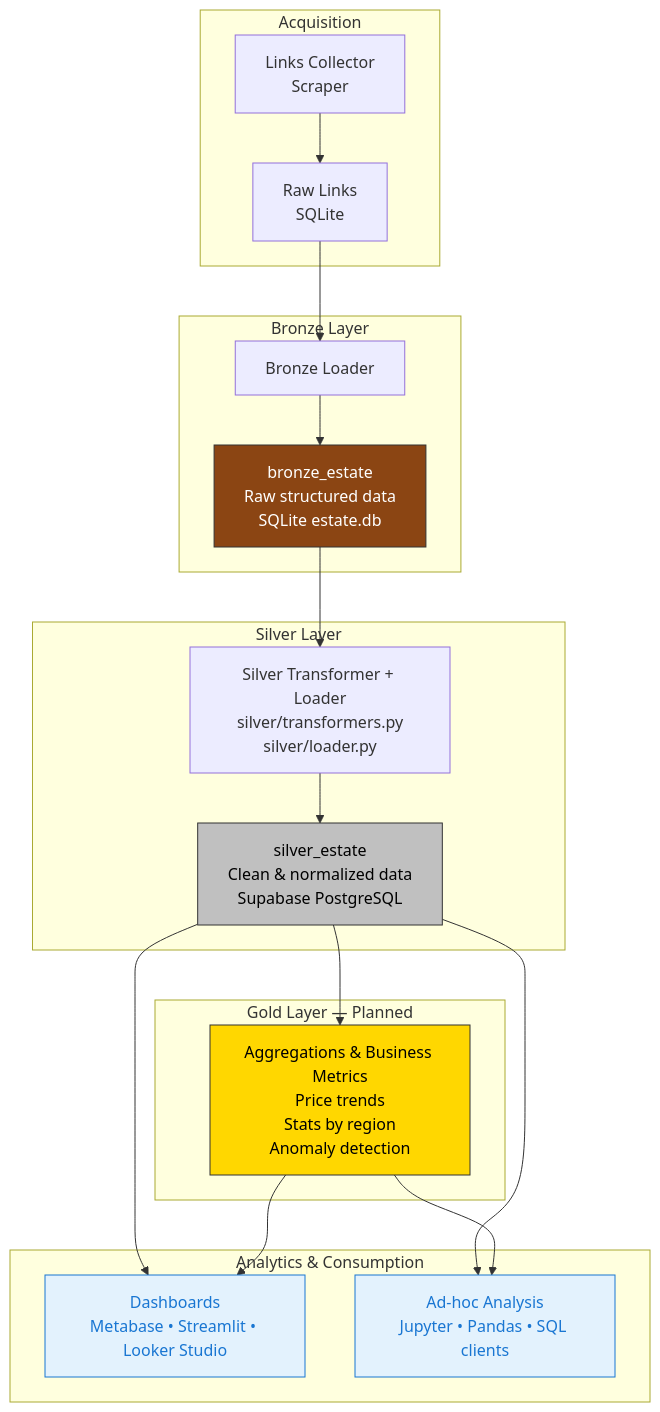
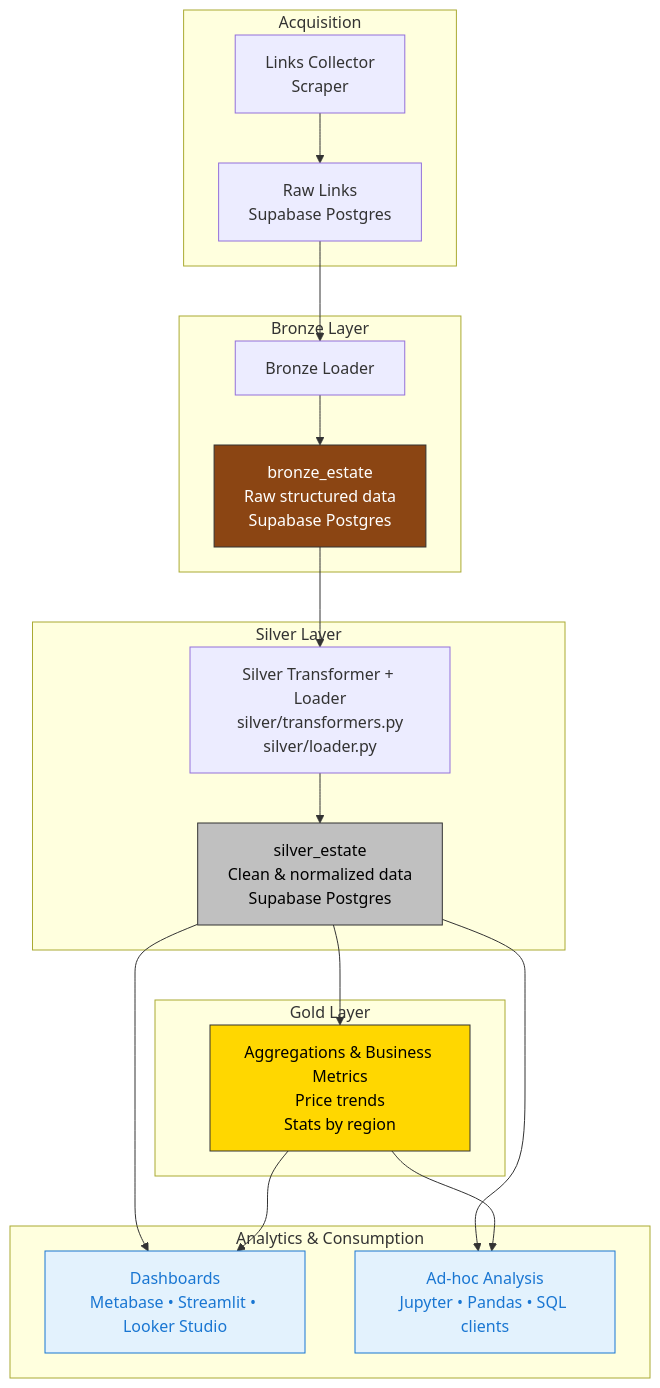
Before and after one commit to Revo69/real-estate-analytics-md: the diagram in docs/README.md, drawn with Mermaid. The commit also changed other lines of this file, not shown here.

Commit message:
Update README for storage changes to Supabase/Postgres

````diff
--- a/docs/README.md
+++ b/docs/README.md
@@ -9,39 +9,39 @@
 ```mermaid
 %% Real Estate Analytics — Architecture Overview
 graph TD
     subgraph "Acquisition"
-        A[Links Collector<br/>Scraper] --> B[Raw Links <br/>SQLite]
+        A[Links Collector<br/>Scraper] --> B[Raw Links <br/>Supabase Postgres]
     end
 
     subgraph "Bronze Layer"
         B --> C[Bronze Loader]
-        C --> D[bronze_estate<br/>Raw structured data<br/>SQLite estate.db]
+        C --> D[bronze_estate<br/>Raw structured data<br/>Supabase Postgres]
     end
 
     subgraph "Silver Layer"
         D --> E[Silver Transformer + Loader<br/>silver/transformers.py<br/>silver/loader.py]
-        E --> F[silver_estate<br/>Clean & normalized data<br/>Supabase PostgreSQL]
+        E --> F[silver_estate<br/>Clean & normalized data<br/>Supabase Postgres]
     end
 
-    subgraph "Gold Layer — Planned"
-        F --> G[Aggregations & Business Metrics<br/>Price trends<br/>Stats by region<br/>Anomaly detection]
+    subgraph "Gold Layer"
+        F --> G[Aggregations & Business Metrics<br/>Price trends<br/>Stats by region]
     end
 
     subgraph "Analytics & Consumption"
         F --> H[Dashboards<br/>Metabase • Streamlit • Looker Studio]
         G --> H
         F --> I[Ad-hoc Analysis<br/>Jupyter • Pandas • SQL clients]
         G --> I
     end
 
     %% Styles
     classDef bronze    fill:#8B4513, color:#fff, stroke:#333
     classDef silver    fill:#C0C0C0, color:#000, stroke:#333
     classDef gold      fill:#FFD700, color:#000, stroke:#333
     classDef analytics fill:#E3F2FD, color:#1976D2, stroke:#1976D2
 
     class D bronze
     class F silver
     class G gold
     class H,I analytics
 ```
````
